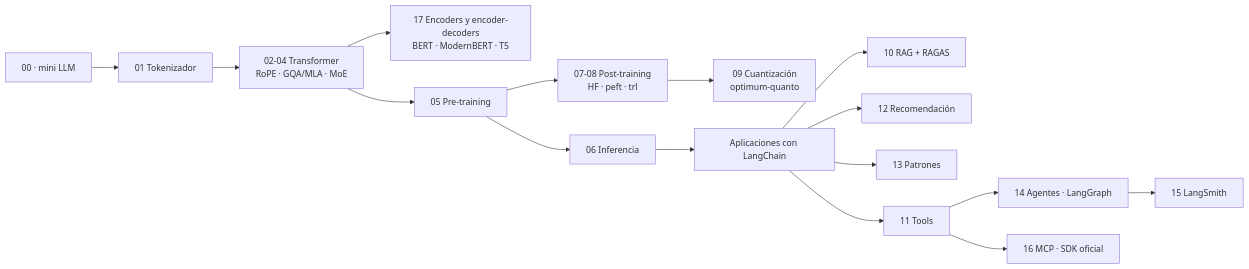
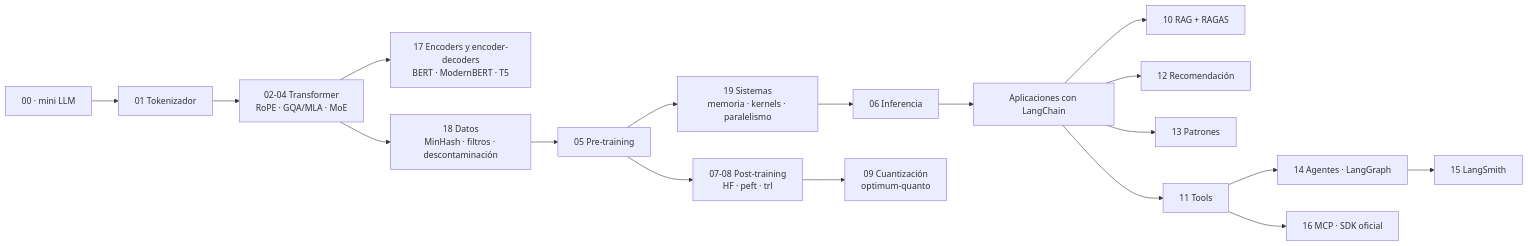
Before and after one commit to ZoodiacR/llm-edu-suite: the diagram in docs/es/README.md, drawn with Mermaid. The commit also changed other lines of this file and 19 other files, not shown here.

````diff
--- a/docs/es/README.md
+++ b/docs/es/README.md
@@ -38,18 +42,20 @@
 ```mermaid
 flowchart LR
     Z[00 · mini LLM] --> B[01 Tokenizador]
     B --> C[02-04 Transformer<br/>RoPE · GQA/MLA · MoE]
     C --> Q["17 Encoders y encoder-decoders<br/>BERT · ModernBERT · T5"]
-    C --> D[05 Pre-training]
-    D --> E[06 Inferencia]
+    C --> P["18 Datos<br/>MinHash · filtros · descontaminación"]
+    P --> D[05 Pre-training]
+    D --> S["19 Sistemas<br/>memoria · kernels · paralelismo"]
+    S --> E[06 Inferencia]
     D --> F["07-08 Post-training<br/>HF · peft · trl"]
     F --> G["09 Cuantización<br/>optimum-quanto"]
     E --> H[Aplicaciones con LangChain]
     H --> I["10 RAG + RAGAS"]
     H --> K[12 Recomendación]
     H --> L[13 Patrones]
     H --> J[11 Tools]
     J --> M["14 Agentes · LangGraph"]
     J --> N["16 MCP · SDK oficial"]
     M --> O["15 LangSmith"]
 ```
````
